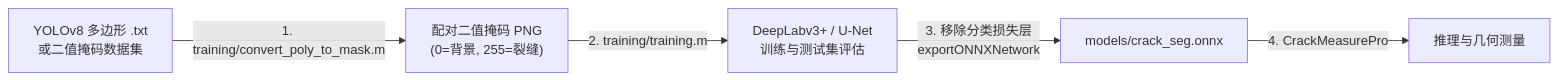
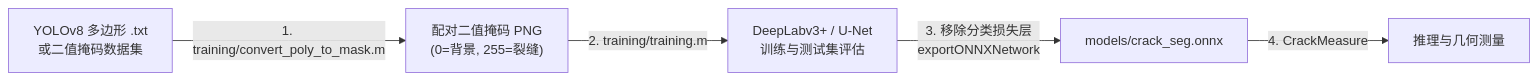
One commit to 0dusk0/CrackMeasure changed the diagram in docs/TRAINING_GUIDE.md. Above: the diagram before and after it, drawn with Mermaid. The commit also changed other lines of this file and 2620 other files, not shown here.

````diff
--- a/docs/TRAINING_GUIDE.md
+++ b/docs/TRAINING_GUIDE.md
@@ -9,7 +9,7 @@
 ```mermaid
 flowchart LR
     A["YOLOv8 多边形 .txt\n或二值掩码数据集"] -->|"1. training/convert_poly_to_mask.m"| B["配对二值掩码 PNG\n(0=背景, 255=裂缝)"]
     B -->|"2. training/training.m"| C["DeepLabv3+ / U-Net\n训练与测试集评估"]
     C -->|"3. 移除分类损失层\nexportONNXNetwork"| D["models/crack_seg.onnx"]
-    D -->|"4. CrackMeasurePro"| E["推理与几何测量"]
+    D -->|"4. CrackMeasure"| E["推理与几何测量"]
 ```
````
